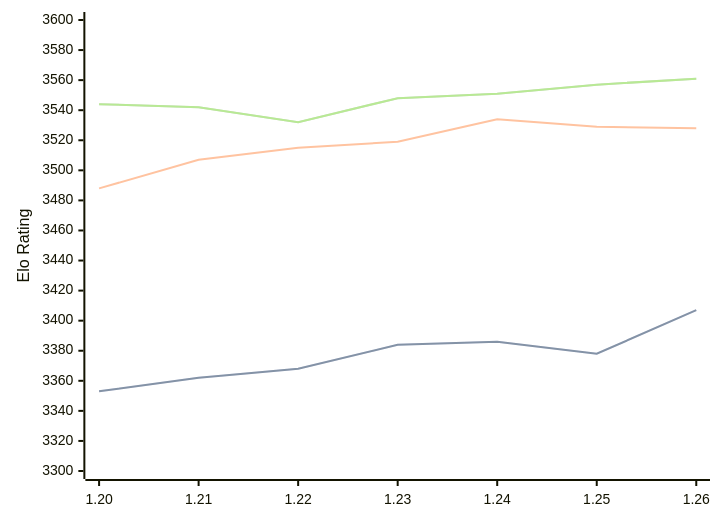
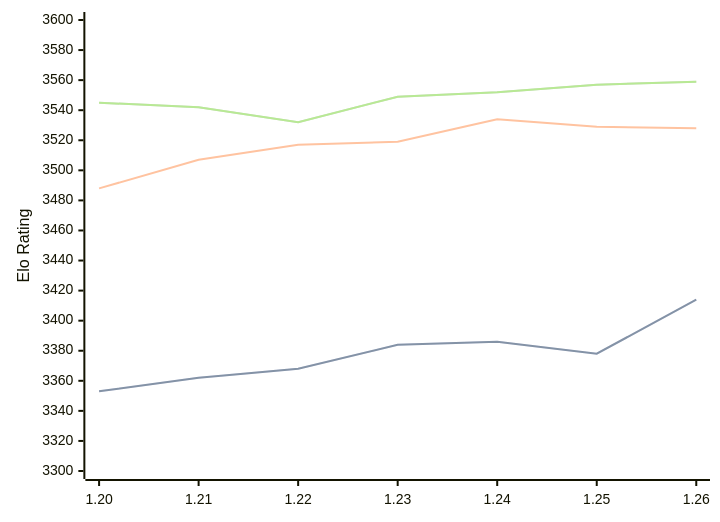
One commit to computer-chess-index/cci changed the diagram in engines/Caissa.md. Above: the diagram before and after it, drawn with Mermaid. The commit also changed other lines of this file, not shown here.

Commit message:
Update CCI Ratings (ELO VLTC) - 2026-08-23

````diff
--- a/engines/Caissa.md
+++ b/engines/Caissa.md
@@ -37,11 +37,11 @@
 ```mermaid
 %%{init: {"theme":"base","themeVariables":{"seriesColors:['#a3a3a3','#222221','#faa371']}}}%%
 xychart-beta
   x-axis ["1.20", "1.21", "1.22", "1.23", "1.24", "1.25", "1.26"]
   y-axis "Elo Rating" 3300 --> 3600
-  line "STC (8.0+0.08s)" [3353, 3362, 3368, 3384, 3386, 3378, 3407]
-  line "STC (8.0+0.08s)" [3353, 3362, 3368, 3384, 3386, 3378, 3407]
-  line "LTC (60.0+0.60s)" [3488, 3507, 3515, 3519, 3534, 3529, 3528]
-  line "VLTC (2m24s+1.12s)" [3544, 3542, 3532, 3548, 3551, 3557, 3561]
-  line "VLTC (2m24s+1.12s)" [3544, 3542, 3532, 3548, 3551, 3557, 3561]
+  line "STC (8.0+0.08s)" [3353, 3362, 3368, 3384, 3386, 3378, 3414]
+  line "STC (8.0+0.08s)" [3353, 3362, 3368, 3384, 3386, 3378, 3414]
+  line "LTC (60.0+0.60s)" [3488, 3507, 3517, 3519, 3534, 3529, 3528]
+  line "VLTC (2m24s+1.12s)" [3545, 3542, 3532, 3549, 3552, 3557, 3559]
+  line "VLTC (2m24s+1.12s)" [3545, 3542, 3532, 3549, 3552, 3557, 3559]
 ```
````
